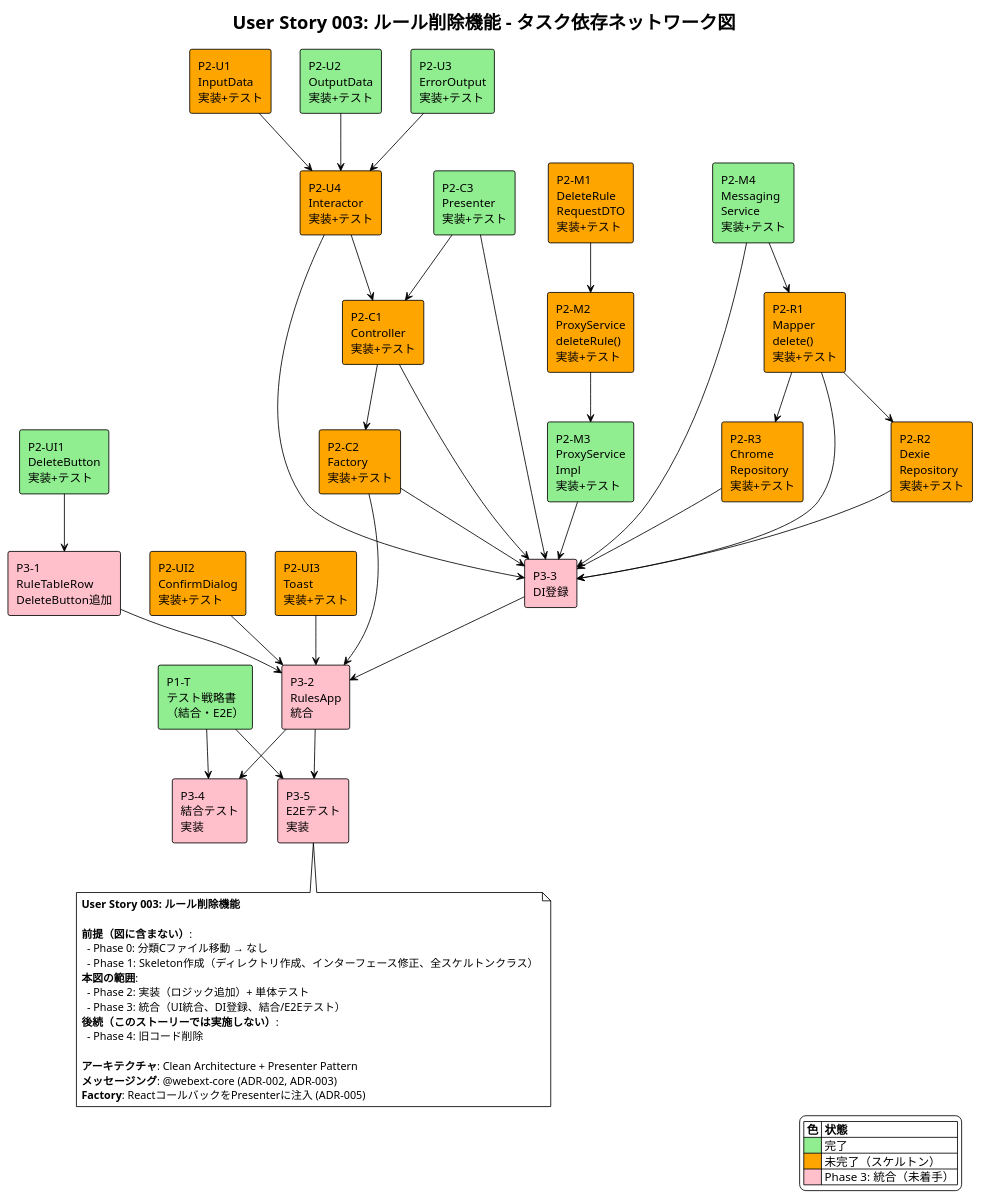
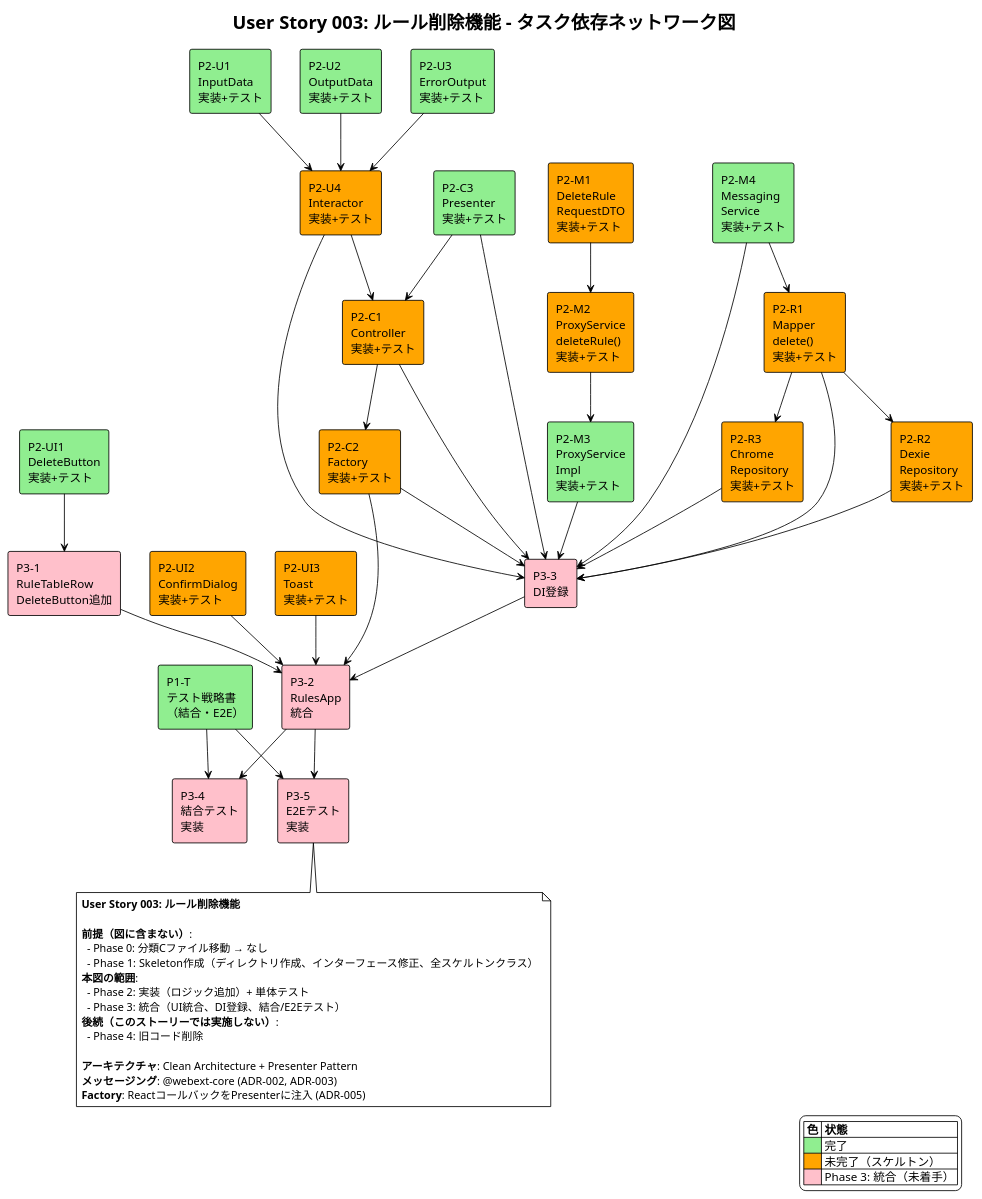
Before and after one commit to akAredminEogre/frog-frame-front: the diagram in docs/user-stories/user-story-003/network-diagram.puml, drawn with PlantUML. The commit also changed 1 other file, not shown here.

Commit message:
docs(user-story-003): mark P2-U1 (InputData) as complete
DeleteRuleInputData now has test strategy and unit tests (merged from PR #331)

```diff
--- a/docs/user-stories/user-story-003/network-diagram.puml
+++ b/docs/user-stories/user-story-003/network-diagram.puml
@@ -1,103 +1,103 @@
 @startuml user-story-003-network-diagram
 !theme plain
 title User Story 003: ルール削除機能 - タスク依存ネットワーク図
 
 ' Phase 1: テスト戦略書
 rectangle "P1-T\nテスト戦略書\n（結合・E2E）" as testStrategy #lightgreen
 
 ' Phase 2: 実装 - メッセージング
 rectangle "P2-M1\nDeleteRule\nRequestDTO\n実装+テスト" as requestDtoImpl #orange
 rectangle "P2-M2\nProxyService\ndeleteRule()\n実装+テスト" as proxyImpl #orange
 rectangle "P2-M3\nProxyService\nImpl\n実装+テスト" as proxyImplImpl #lightgreen
 rectangle "P2-M4\nMessaging\nService\n実装+テスト" as msgImpl #lightgreen
 
 ' Phase 2: 実装 - Mapper/Repository
 rectangle "P2-R1\nMapper\ndelete()\n実装+テスト" as mapperImpl #orange
 rectangle "P2-R2\nDexie\nRepository\n実装+テスト" as dexieImpl #orange
 rectangle "P2-R3\nChrome\nRepository\n実装+テスト" as chromeImpl #orange
 
 ' Phase 2: 実装 - UseCase
-rectangle "P2-U1\nInputData\n実装+テスト" as inputImpl #orange
+rectangle "P2-U1\nInputData\n実装+テスト" as inputImpl #lightgreen
 rectangle "P2-U2\nOutputData\n実装+テスト" as outputImpl #lightgreen
 rectangle "P2-U3\nErrorOutput\n実装+テスト" as errorImpl #lightgreen
 rectangle "P2-U4\nInteractor\n実装+テスト" as interactorImpl #orange
 
 ' Phase 2: 実装 - Controller/Presenter
 rectangle "P2-C1\nController\n実装+テスト" as controllerImpl #orange
 rectangle "P2-C2\nFactory\n実装+テスト" as factoryImpl #orange
 rectangle "P2-C3\nPresenter\n実装+テスト" as presenterImpl #lightgreen
 
 ' Phase 2: 実装 - UI
 rectangle "P2-UI1\nDeleteButton\n実装+テスト" as deleteBtnImpl #lightgreen
 rectangle "P2-UI2\nConfirmDialog\n実装+テスト" as confirmImpl #orange
 rectangle "P2-UI3\nToast\n実装+テスト" as toastImpl #orange
 
 ' Phase 3: 統合
 rectangle "P3-1\nRuleTableRow\nDeleteButton追加" as tableRowInteg #pink
 rectangle "P3-2\nRulesApp\n統合" as rulesAppInteg #pink
 rectangle "P3-3\nDI登録" as diReg #pink
 rectangle "P3-4\n結合テスト\n実装" as integrationTest #pink
 rectangle "P3-5\nE2Eテスト\n実装" as e2eTest #pink
 
 ' 依存関係: Phase 2 内部
 requestDtoImpl --> proxyImpl
 proxyImpl --> proxyImplImpl
 msgImpl --> mapperImpl
 mapperImpl --> dexieImpl
 mapperImpl --> chromeImpl
 inputImpl --> interactorImpl
 outputImpl --> interactorImpl
 errorImpl --> interactorImpl
 interactorImpl --> controllerImpl
 presenterImpl --> controllerImpl
 controllerImpl --> factoryImpl
 
 ' 依存関係: Phase 2 → Phase 3
 deleteBtnImpl --> tableRowInteg
 tableRowInteg --> rulesAppInteg
 confirmImpl --> rulesAppInteg
 toastImpl --> rulesAppInteg
 factoryImpl --> rulesAppInteg
 controllerImpl --> diReg
 presenterImpl --> diReg
 factoryImpl --> diReg
 interactorImpl --> diReg
 proxyImplImpl --> diReg
 msgImpl --> diReg
 mapperImpl --> diReg
 dexieImpl --> diReg
 chromeImpl --> diReg
 diReg --> rulesAppInteg
 
 ' 依存関係: テスト
 testStrategy --> integrationTest
 testStrategy --> e2eTest
 rulesAppInteg --> integrationTest
 rulesAppInteg --> e2eTest
 
 ' 凡例
 legend right
   |= 色 |= 状態 |
   | <#lightgreen> | 完了 |
   | <#orange> | 未完了（スケルトン） |
   | <#pink> | Phase 3: 統合（未着手） |
 endlegend
 
 note bottom
 **User Story 003: ルール削除機能**
 
 **前提（図に含まない）**:
   - Phase 0: 分類Cファイル移動 → なし
   - Phase 1: Skeleton作成（ディレクトリ作成、インターフェース修正、全スケルトンクラス）
 **本図の範囲**:
   - Phase 2: 実装（ロジック追加）+ 単体テスト
   - Phase 3: 統合（UI統合、DI登録、結合/E2Eテスト）
 **後続（このストーリーでは実施しない）**:
   - Phase 4: 旧コード削除
 
 **アーキテクチャ**: Clean Architecture + Presenter Pattern
 **メッセージング**: @webext-core (ADR-002, ADR-003)
 **Factory**: ReactコールバックをPresenterに注入 (ADR-005)
 end note
 
 @enduml
```
